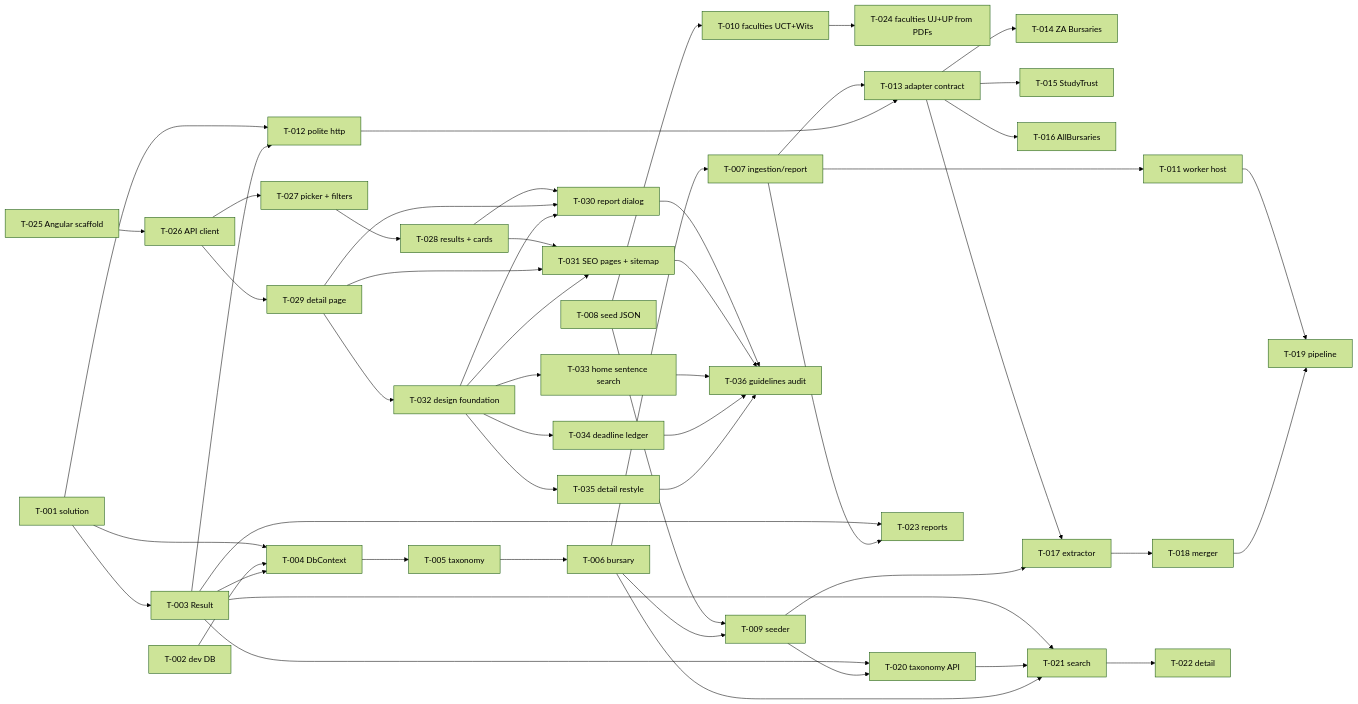
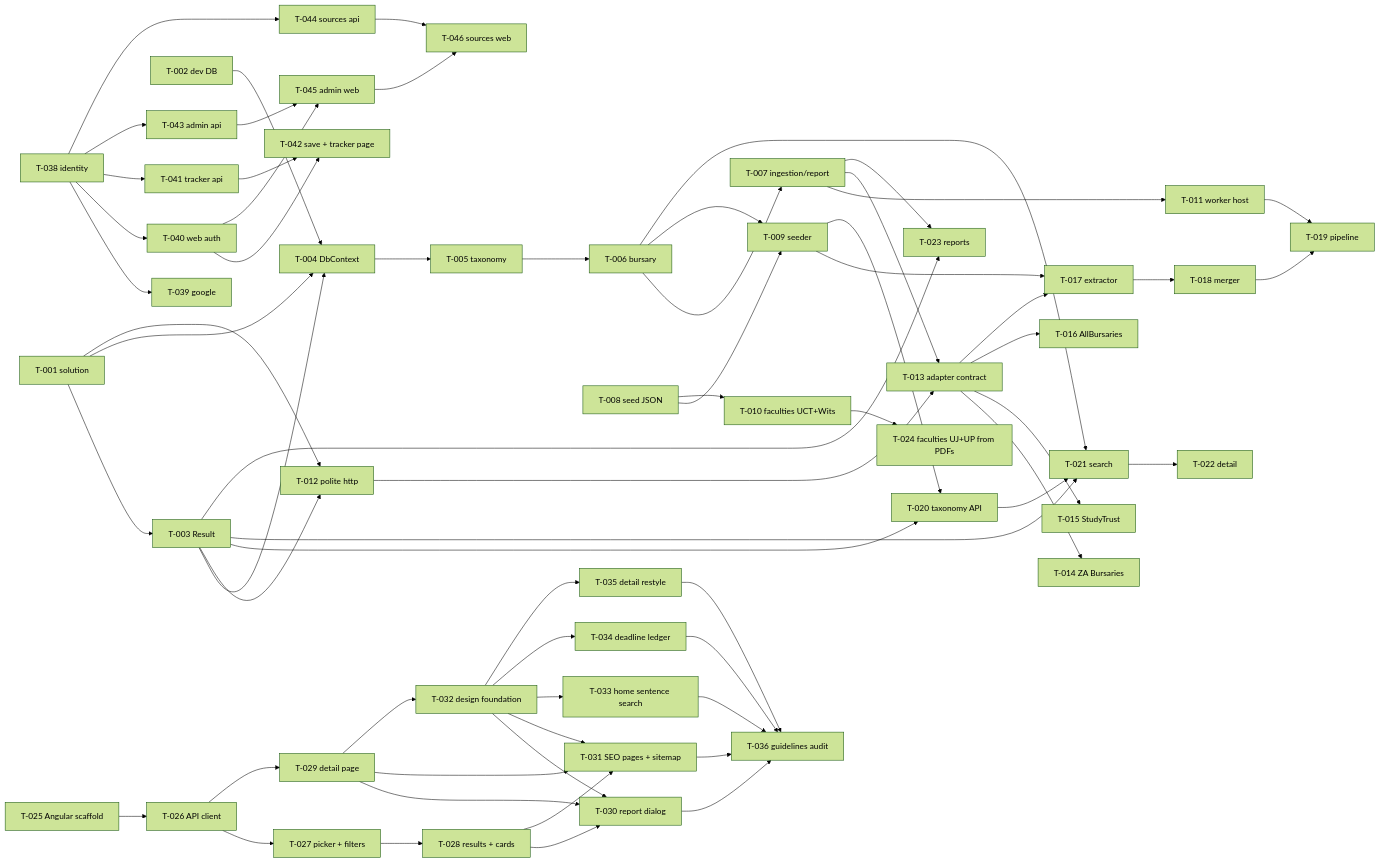
Before and after one commit to cssedi/getabursary: the diagram in tasks/README.md, drawn with Mermaid (forest theme). The commit also changed other lines of this file and 13 other files, not shown here.

````diff
--- a/tasks/README.md
+++ b/tasks/README.md
@@ -27,54 +27,65 @@
 ```mermaid
 graph LR
   T001[T-001 solution] --> T003[T-003 Result]
   T001 --> T004[T-004 DbContext]
   T002[T-002 dev DB] --> T004
   T003 --> T004
   T004 --> T005[T-005 taxonomy]
   T005 --> T006[T-006 bursary]
   T006 --> T007[T-007 ingestion/report]
   T008[T-008 seed JSON] --> T009[T-009 seeder]
   T006 --> T009
   T008 --> T010[T-010 faculties UCT+Wits]
   T010 --> T024[T-024 faculties UJ+UP from PDFs]
   T007 --> T011[T-011 worker host]
   T001 --> T012[T-012 polite http]
   T003 --> T012
   T007 --> T013[T-013 adapter contract]
   T012 --> T013
   T013 --> T014[T-014 ZA Bursaries]
   T013 --> T015[T-015 StudyTrust]
   T013 --> T016[T-016 AllBursaries]
   T013 --> T017[T-017 extractor]
   T009 --> T017
   T017 --> T018[T-018 merger]
   T011 --> T019[T-019 pipeline]
   T018 --> T019
   T003 --> T020[T-020 taxonomy API]
   T009 --> T020
   T003 --> T021[T-021 search]
   T020 --> T021
   T006 --> T021
   T021 --> T022[T-022 detail]
   T003 --> T023[T-023 reports]
   T007 --> T023
   T025[T-025 Angular scaffold] --> T026[T-026 API client]
   T026 --> T027[T-027 picker + filters]
   T027 --> T028[T-028 results + cards]
   T026 --> T029[T-029 detail page]
   T028 --> T030[T-030 report dialog]
   T029 --> T030
   T028 --> T031[T-031 SEO pages + sitemap]
   T029 --> T031
   T029 --> T032[T-032 design foundation]
   T032 --> T030
   T032 --> T031
   T032 --> T033[T-033 home sentence search]
   T032 --> T034[T-034 deadline ledger]
   T032 --> T035[T-035 detail restyle]
   T030 --> T036[T-036 guidelines audit]
   T031 --> T036
   T033 --> T036
   T034 --> T036
   T035 --> T036
+  T038[T-038 identity] --> T039[T-039 google]
+  T038 --> T040[T-040 web auth]
+  T038 --> T041[T-041 tracker api]
+  T040 --> T042[T-042 save + tracker page]
+  T041 --> T042
+  T038 --> T043[T-043 admin api]
+  T038 --> T044[T-044 sources api]
+  T040 --> T045[T-045 admin web]
+  T043 --> T045
+  T044 --> T046[T-046 sources web]
+  T045 --> T046
 ```
````
